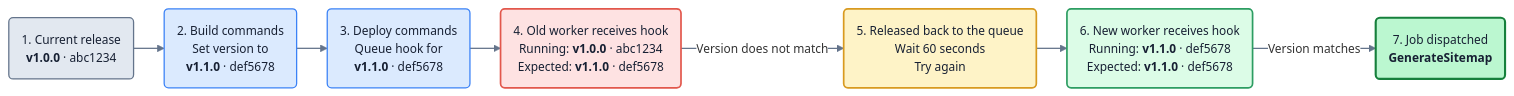
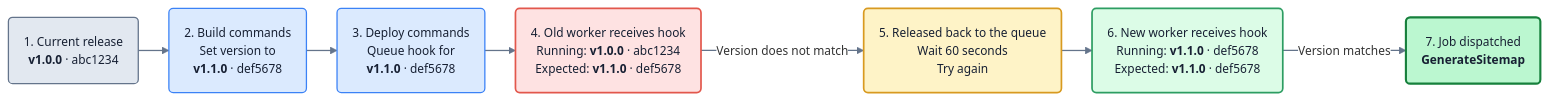
Before and after one commit to mathiasgrimm/laravel-post-deploy-hooks: the second of 2 diagrams in README.md, drawn with Mermaid.

Commit message:
Add padding to linear deployment flow

````diff
--- a/README.md
+++ b/README.md
@@ -124,24 +124,24 @@
 ```mermaid
-%%{init: {"flowchart": {"curve": "basis", "nodeSpacing": 28, "rankSpacing": 36}, "themeVariables": {"fontFamily": "system-ui, sans-serif", "fontSize": "14px", "lineColor": "#64748b", "edgeLabelBackground": "#ffffff"}}}%%
+%%{init: {"flowchart": {"curve": "basis", "diagramPadding": 24, "padding": 18, "nodeSpacing": 28, "rankSpacing": 36}, "themeVariables": {"fontFamily": "system-ui, sans-serif", "fontSize": "14px", "lineColor": "#64748b", "edgeLabelBackground": "#ffffff"}}}%%
 flowchart LR
     A("1. Current release<br><b>v1.0.0</b> · abc1234"):::current
     B("2. Build commands<br>Set version to<br><b>v1.1.0</b> · def5678"):::action
     C("3. Deploy commands<br>Queue hook for<br><b>v1.1.0</b> · def5678"):::action
     D("4. Old worker receives hook<br>Running: <b>v1.0.0</b> · abc1234<br>Expected: <b>v1.1.0</b> · def5678"):::mismatch
     E("5. Released back to the queue<br>Wait 60 seconds<br>Try again"):::waiting
     F("6. New worker receives hook<br>Running: <b>v1.1.0</b> · def5678<br>Expected: <b>v1.1.0</b> · def5678"):::match
     G("7. Job dispatched<br><b>GenerateSitemap</b>"):::success
 
     A --> B --> C --> D
     D -->|Version does not match| E
     E --> F
     F -->|Version matches| G
 
     classDef current fill:#e2e8f0,stroke:#64748b,color:#172033,stroke-width:1.5px
     classDef action fill:#dbeafe,stroke:#3b82f6,color:#172033,stroke-width:1.5px
     classDef mismatch fill:#fee2e2,stroke:#e2574c,color:#172033,stroke-width:2px
     classDef waiting fill:#fef3c7,stroke:#d89a20,color:#172033,stroke-width:2px
     classDef match fill:#dcfce7,stroke:#2d9d62,color:#172033,stroke-width:2px
     classDef success fill:#bbf7d0,stroke:#16803c,color:#172033,stroke-width:2.5px
     linkStyle default stroke:#64748b,stroke-width:1.5px
 ```
````
